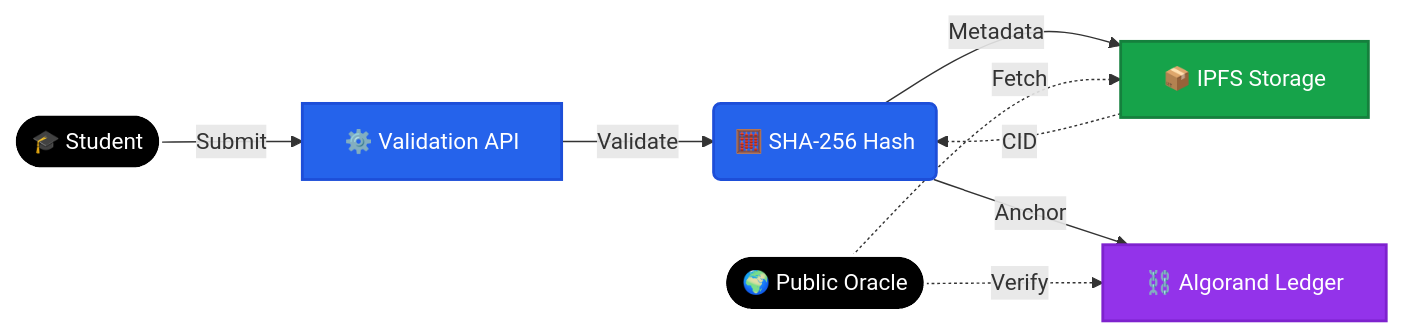
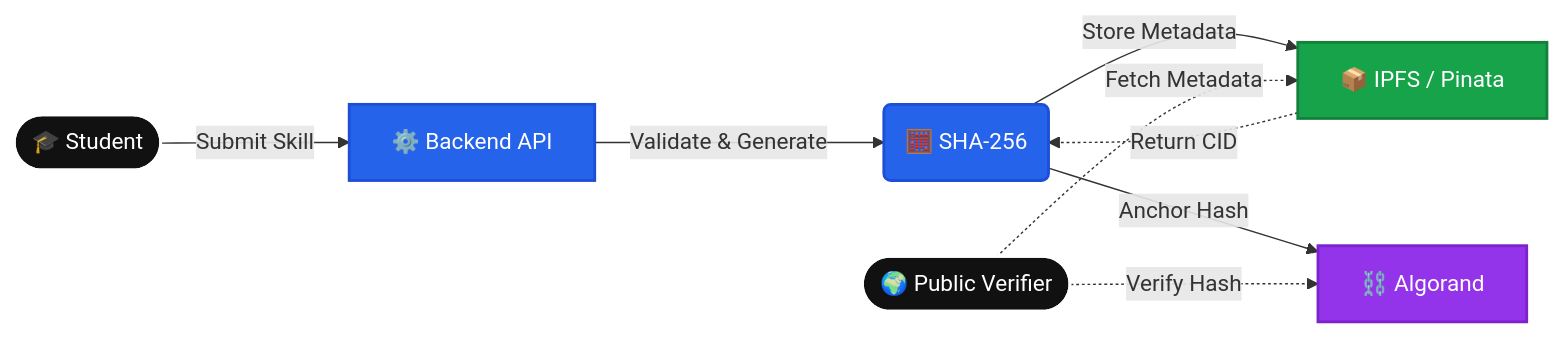
Before and after one commit to rushikesh249/skillchain: the diagram in README.md, drawn with Mermaid. The commit also changed other lines of this file, not shown here.

````diff
--- a/README.md
+++ b/README.md
@@ -66,25 +19,22 @@
 ```mermaid
 graph LR
-    %% Styles
-    classDef actor fill:#000000,stroke:#ffffff,stroke-width:2px,color:#ffffff;
-    classDef core fill:#2563eb,stroke:#1d4ed8,stroke-width:2px,color:#ffffff;
-    classDef storage fill:#16a34a,stroke:#15803d,stroke-width:2px,color:#ffffff;
-    classDef blockchain fill:#9333ea,stroke:#7e22ce,stroke-width:2px,color:#ffffff;
-    
-    %% Nodes
+    classDef actor    fill:#111,stroke:#fff,stroke-width:2px,color:#fff;
+    classDef api      fill:#2563eb,stroke:#1d4ed8,stroke-width:2px,color:#fff;
+    classDef storage  fill:#16a34a,stroke:#15803d,stroke-width:2px,color:#fff;
+    classDef chain    fill:#9333ea,stroke:#7e22ce,stroke-width:2px,color:#fff;
+
     Student([🎓 Student]):::actor
-    API[⚙️ Validation API]:::core
-    Hash(🧮 SHA-256 Hash):::core
-    IPFS[📦 IPFS Storage]:::storage
-    Algo[⛓️ Algorand Ledger]:::blockchain
-    Verifier([🌍 Public Oracle]):::actor
+    API[⚙️ Backend API]:::api
+    Hash(🧮 SHA-256):::api
+    IPFS[📦 IPFS / Pinata]:::storage
+    Algo[⛓️ Algorand]:::chain
+    Verifier([🌍 Public Verifier]):::actor
 
-    %% Flow
-    Student -->|Submit| API
-    API -->|Validate| Hash
-    Hash -->|Metadata| IPFS
-    IPFS -.->|CID| Hash
-    Hash -->|Anchor| Algo
-    Verifier -.->|Verify| Algo
-    Verifier -.->|Fetch| IPFS
+    Student -->|Submit Skill| API
+    API -->|Validate & Generate| Hash
+    Hash -->|Store Metadata| IPFS
+    IPFS -.->|Return CID| Hash
+    Hash -->|Anchor Hash| Algo
+    Verifier -.->|Verify Hash| Algo
+    Verifier -.->|Fetch Metadata| IPFS
 ```
````
